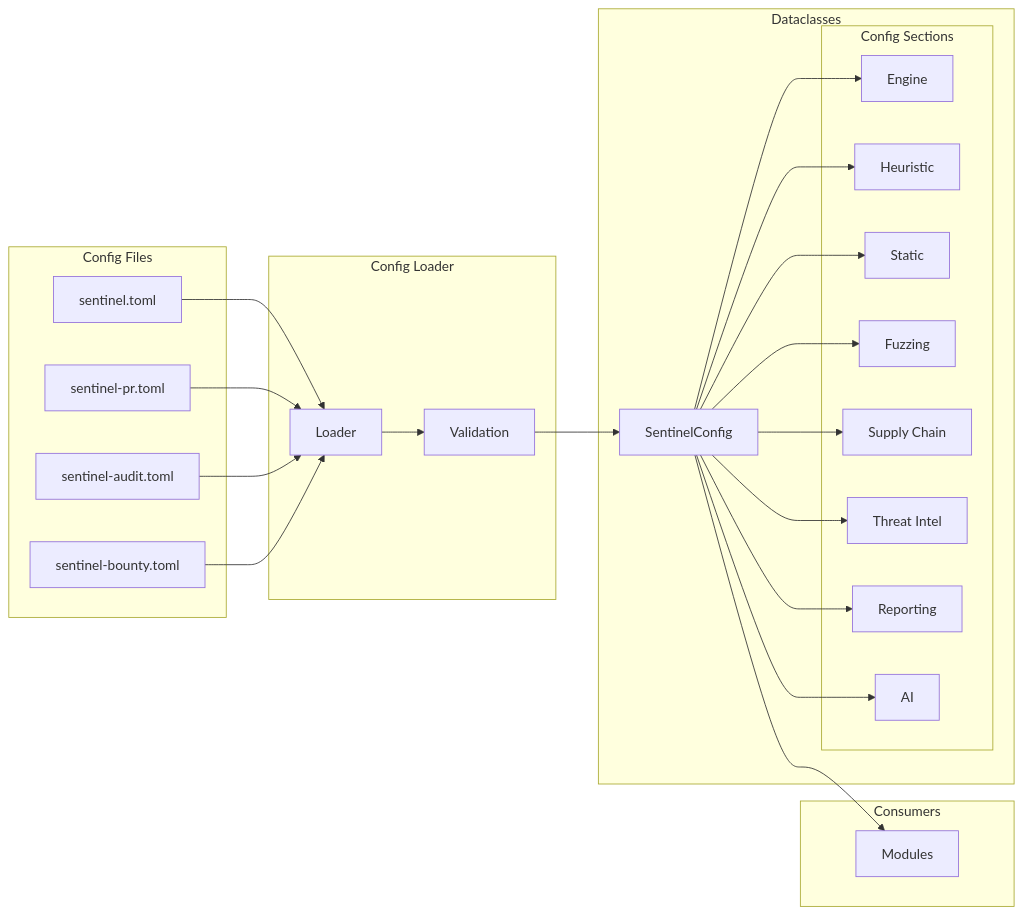
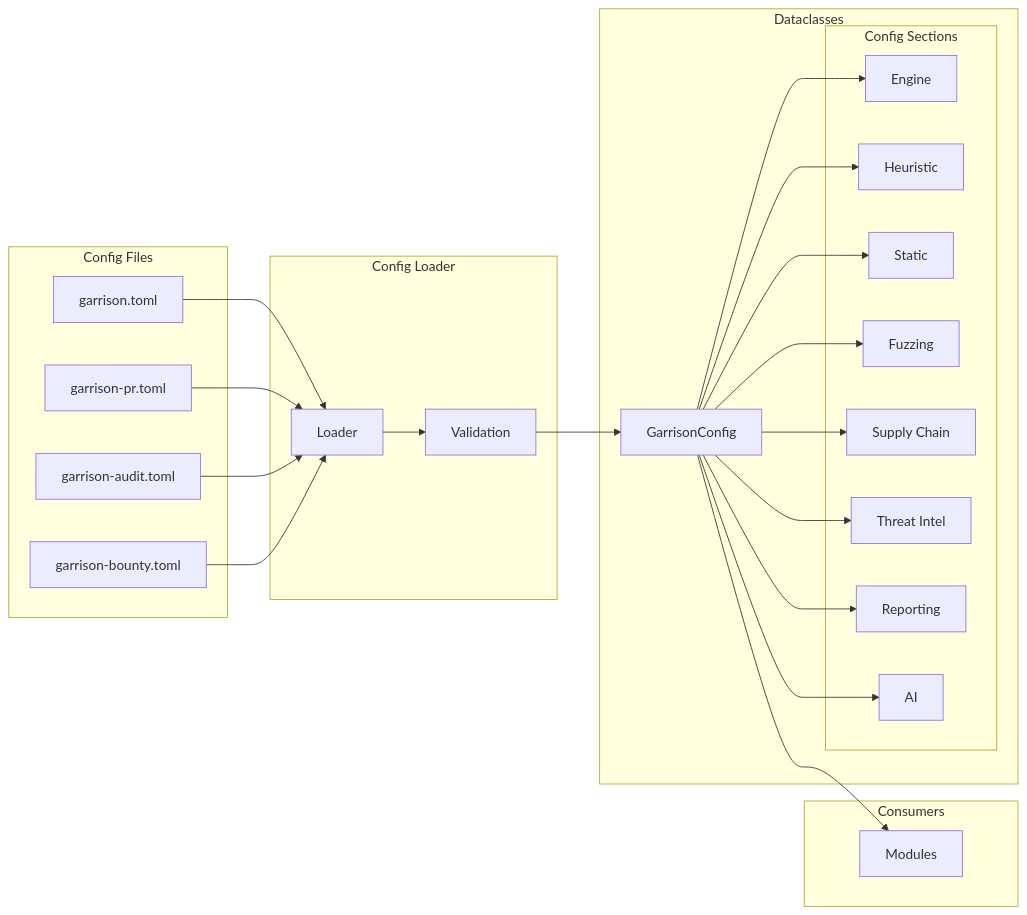
One commit to RunTimeAdmin/counterscarp changed the fifth of 13 diagrams in ARCHITECTURE.md. Above: the diagram before and after it, drawn with Mermaid. The commit also changed other lines of this file and 91 other files, not shown here.

First line of the commit message:
v4.0.0: Full rebrand from Sentinel Engine to Garrison Engine

````diff
--- a/ARCHITECTURE.md
+++ b/ARCHITECTURE.md
@@ -454,52 +454,52 @@
 ```mermaid
 flowchart LR
     subgraph ConfigFiles["Config Files"]
-        BASE["sentinel.toml"]
-        PR["sentinel-pr.toml"]
-        AUDIT["sentinel-audit.toml"]
-        BOUNTY["sentinel-bounty.toml"]
+        BASE["garrison.toml"]
+        PR["garrison-pr.toml"]
+        AUDIT["garrison-audit.toml"]
+        BOUNTY["garrison-bounty.toml"]
     end
 
     subgraph Loader["Config Loader"]
         LOADER["Loader"]
         VALIDATE["Validation"]
     end
 
     subgraph DataClasses["Dataclasses"]
-        ROOT["SentinelConfig"]
+        ROOT["GarrisonConfig"]
 
         subgraph Sections["Config Sections"]
             ENGINE["Engine"]
             HEUR["Heuristic"]
             STATIC["Static"]
             FUZZ["Fuzzing"]
             SC["Supply Chain"]
             TI["Threat Intel"]
             REP["Reporting"]
             AI["AI"]
         end
     end
 
     subgraph Consumers["Consumers"]
         MODULES["Modules"]
     end
 
     BASE --> LOADER
     PR --> LOADER
     AUDIT --> LOADER
     BOUNTY --> LOADER
 
     LOADER --> VALIDATE
     VALIDATE --> ROOT
 
     ROOT --> ENGINE
     ROOT --> HEUR
     ROOT --> STATIC
     ROOT --> FUZZ
     ROOT --> SC
     ROOT --> TI
     ROOT --> REP
     ROOT --> AI
 
     ROOT --> MODULES
 ```
````
